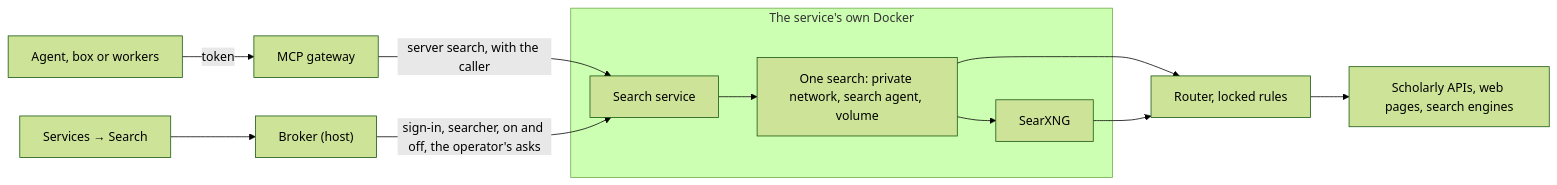
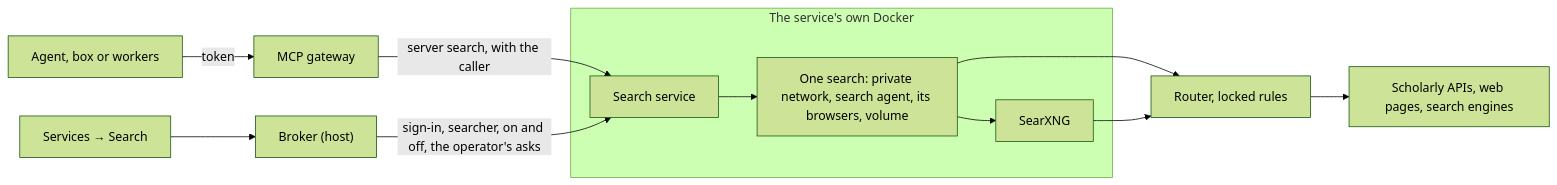
The diagram in docs/architecture/Search.md (joaopn/research-sandbox), drawn with Mermaid (forest theme) before and after one commit. The commit also changed other lines of this file and 5 other files, not shown here.

````diff
--- a/docs/architecture/Search.md
+++ b/docs/architecture/Search.md
@@ -22,14 +22,14 @@
 ```mermaid
 flowchart LR
   agent["Agent, box or workers"] -->|"token"| gateway["MCP gateway"]
   gateway -->|"server search, with the caller"| service["Search service"]
   page["Services → Search"] --> broker["Broker (host)"]
   broker -->|"sign-in, searcher, on and off, the operator's asks"| service
   subgraph inner["The service's own Docker"]
-    service --> search1["One search: private network, search agent, volume"]
+    service --> search1["One search: private network, search agent, its browsers, volume"]
     search1 --> searxng["SearXNG"]
   end
   search1 --> router["Router, locked rules"]
   searxng --> router
   router --> web["Scholarly APIs, web pages, search engines"]
 ```
````
